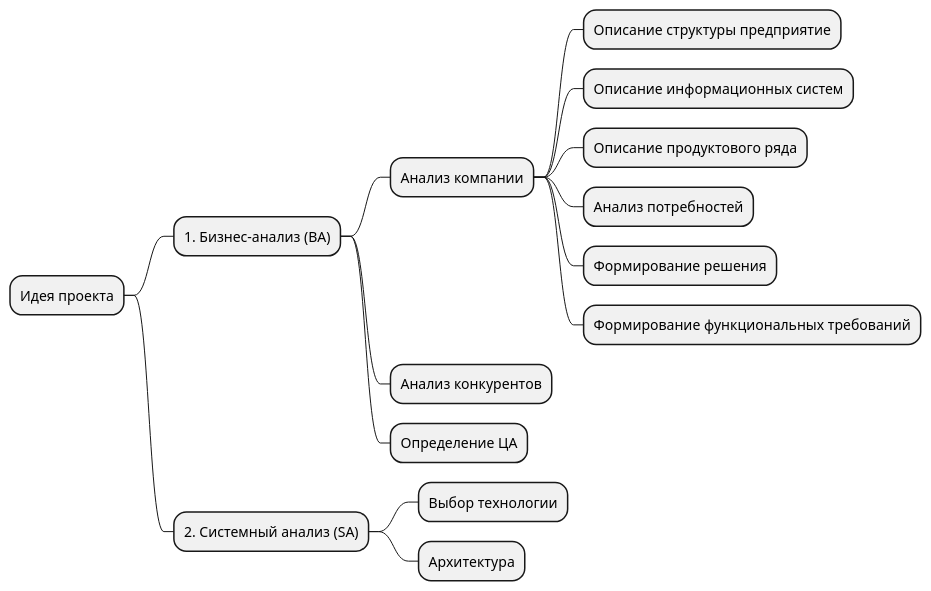
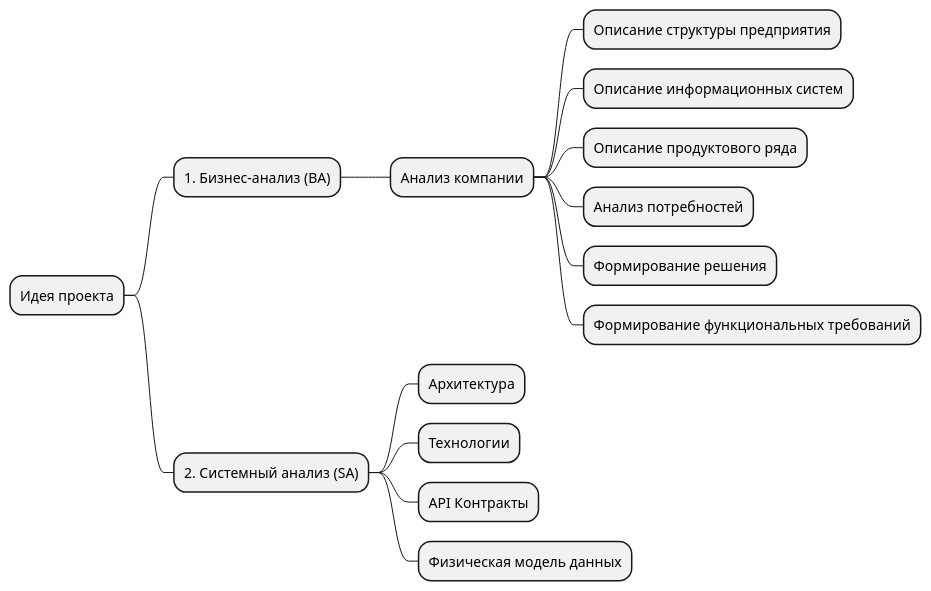
One commit to 0x000def42/diplom changed the diagram in _docs/entrypoint.puml. Above: the diagram before and after it, drawn with PlantUML. The commit also changed 1 other file, not shown here.

```diff
--- a/_docs/entrypoint.puml
+++ b/_docs/entrypoint.puml
@@ -1,16 +1,16 @@
 @startmindmap
 * Идея проекта
 ** 1. Бизнес-анализ (BA)
 *** Анализ компании
-**** Описание структуры предприятие
+**** Описание структуры предприятия
 **** Описание информационных систем
 **** Описание продуктового ряда
 **** Анализ потребностей
 **** Формирование решения
 **** Формирование функциональных требований
-*** Анализ конкурентов
-*** Определение ЦА
 ** 2. Системный анализ (SA)
-*** Выбор технологии
 *** Архитектура
+*** Технологии
+*** API Контракты
+*** Физическая модель данных
 @endmindmap
```
